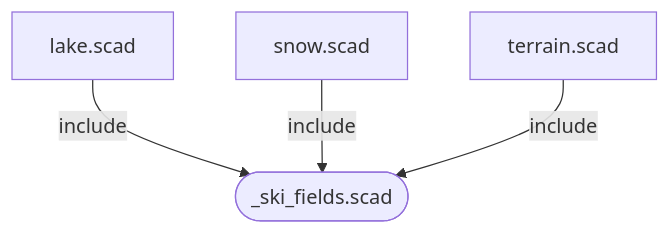
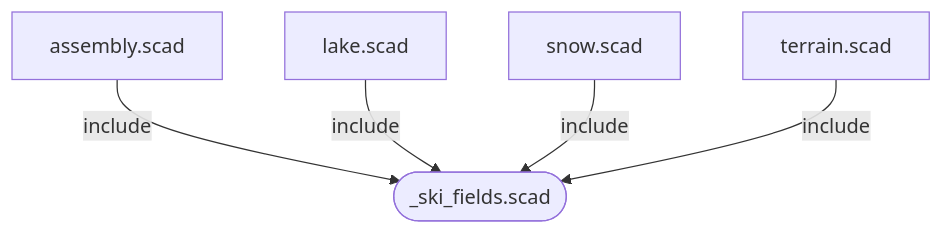
The diagram in nz-ski-fields/dependency-graph.md (stjohnb/3d-models), drawn with Mermaid before and after one commit. The commit also changed 16 other files, not shown here.

````diff
--- a/nz-ski-fields/dependency-graph.md
+++ b/nz-ski-fields/dependency-graph.md
@@ -10,10 +10,12 @@
 ```mermaid
 graph TD
+  assembly["assembly.scad"]
   lake["lake.scad"]
   _ski_fields(["_ski_fields.scad"])
   snow["snow.scad"]
   terrain["terrain.scad"]
+  assembly -->|include| _ski_fields
   lake -->|include| _ski_fields
   snow -->|include| _ski_fields
   terrain -->|include| _ski_fields
 ```
````
